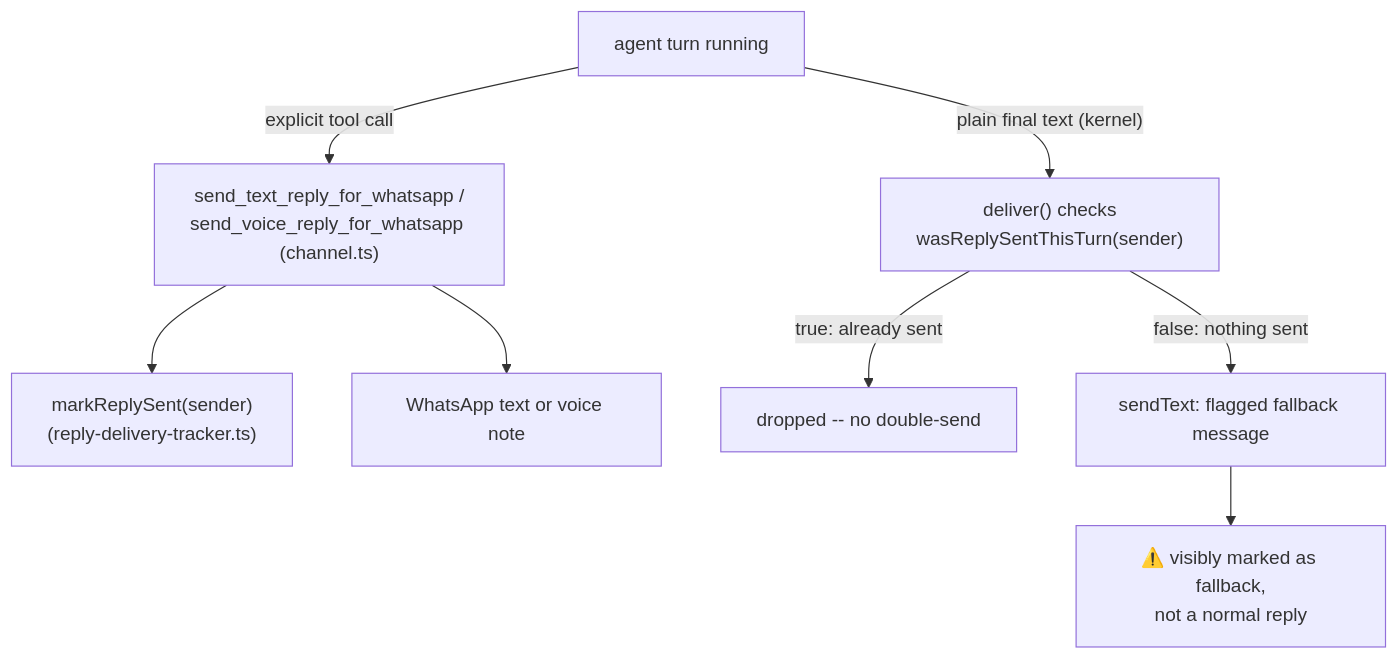
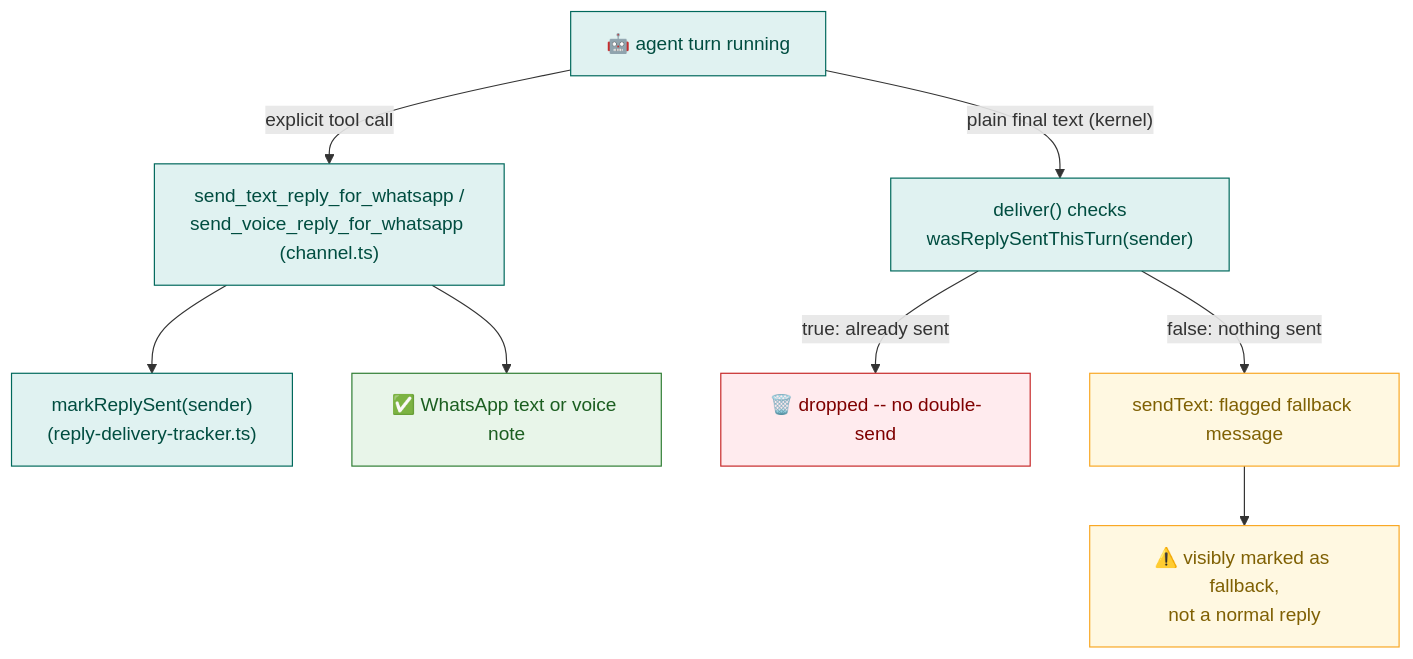
Before and after one commit to shqear93/openclaw-whatsapp-cloud: the fourth of 6 diagrams in ARCHITECTURE.md, drawn with Mermaid. The commit also changed other lines of this file, not shown here.

First line of the commit message:
docs(architecture): restyle diagrams with color coding and icons

````diff
--- a/ARCHITECTURE.md
+++ b/ARCHITECTURE.md
@@ -358,10 +387,15 @@
 ```mermaid
 flowchart TD
-    A[agent turn running] -- "explicit tool call" --> B["send_text_reply_for_whatsapp /\nsend_voice_reply_for_whatsapp (channel.ts)"]
-    B --> C["markReplySent(sender)\n(reply-delivery-tracker.ts)"]
-    B --> D[WhatsApp text or voice note]
-    A -- "plain final text (kernel)" --> E["deliver() checks\nwasReplySentThisTurn(sender)"]
-    E -- "true: already sent" --> F[dropped -- no double-send]
-    E -- "false: nothing sent" --> G["sendText: flagged fallback message"]
-    G --> H["⚠️ visibly marked as fallback,\nnot a normal reply"]
+    classDef agent fill:#e0f2f1,stroke:#00695c,color:#004d40
+    classDef success fill:#e8f5e9,stroke:#2e7d32,color:#1b5e20
+    classDef failure fill:#ffebee,stroke:#c62828,color:#7f0000
+    classDef warn fill:#fff8e1,stroke:#f9a825,color:#7f6003
+
+    A[🤖 agent turn running]:::agent -- "explicit tool call" --> B["send_text_reply_for_whatsapp /\nsend_voice_reply_for_whatsapp (channel.ts)"]:::agent
+    B --> C["markReplySent(sender)\n(reply-delivery-tracker.ts)"]:::agent
+    B --> D[✅ WhatsApp text or voice note]:::success
+    A -- "plain final text (kernel)" --> E["deliver() checks\nwasReplySentThisTurn(sender)"]:::agent
+    E -- "true: already sent" --> F[🗑️ dropped -- no double-send]:::failure
+    E -- "false: nothing sent" --> G["sendText: flagged fallback message"]:::warn
+    G --> H["⚠️ visibly marked as fallback,\nnot a normal reply"]:::warn
 ```
````
